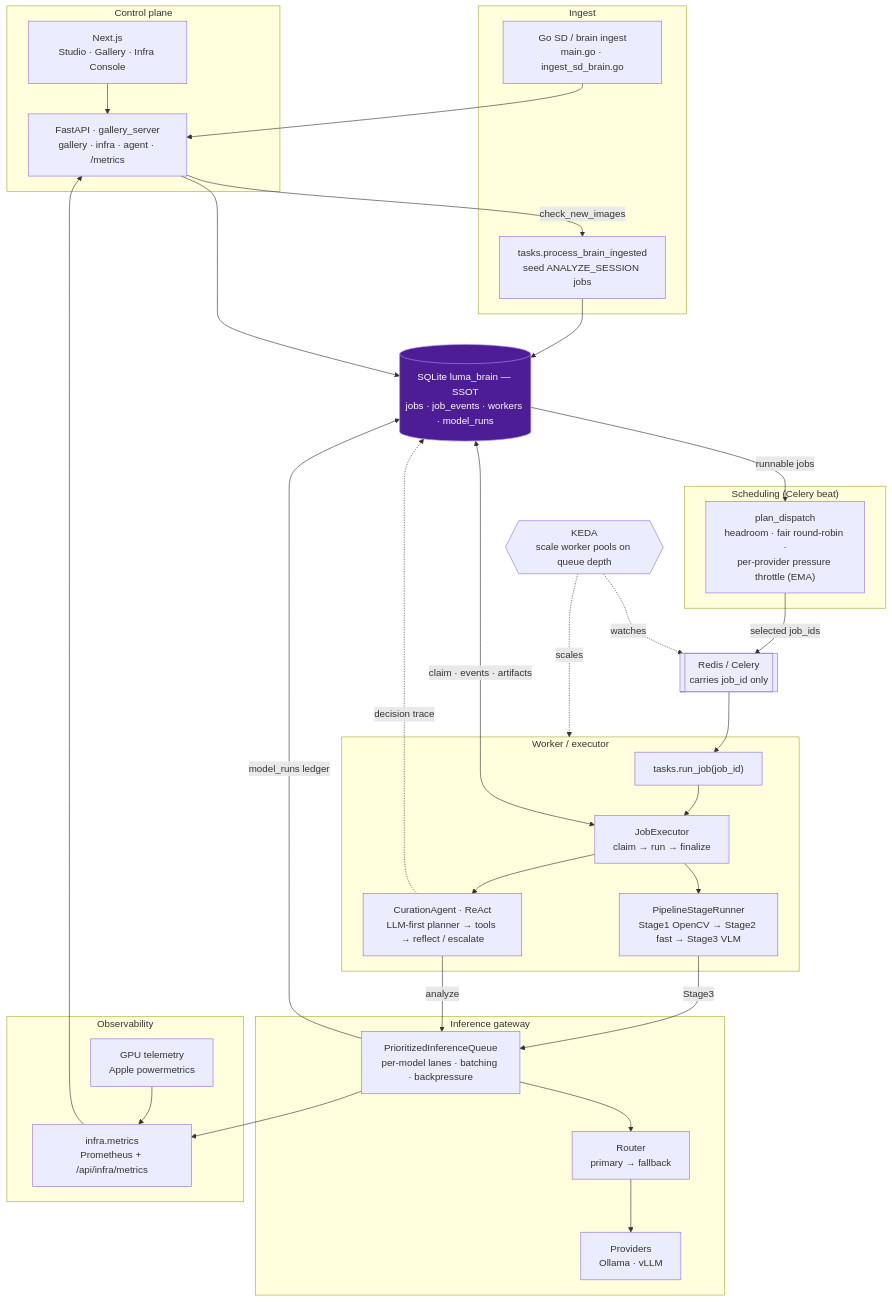
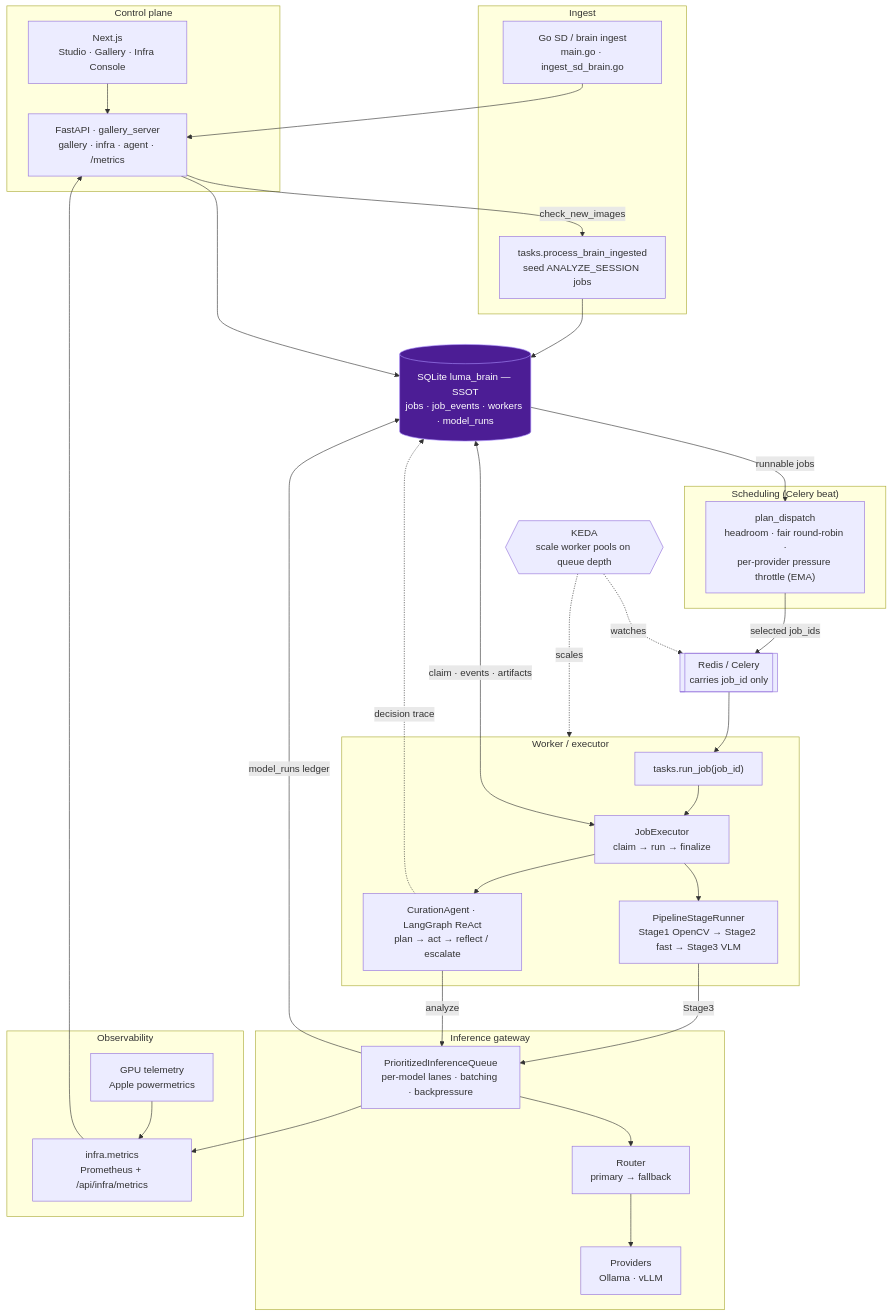
Before and after one commit to postrockicecola/livehouse-photo-agent: the diagram in README.md, drawn with Mermaid. The commit also changed 27 other files, not shown here.

First line of the commit message:
Add LangGraph-first agent stack with hybrid RAG and durable memory.

````diff
--- a/README.md
+++ b/README.md
@@ -35,65 +35,65 @@
 ```mermaid
 flowchart TB
   subgraph INGEST["Ingest"]
     GO["Go SD / brain ingest<br/>main.go · ingest_sd_brain.go"]
     SEED["tasks.process_brain_ingested<br/>seed ANALYZE_SESSION jobs"]
   end
 
   subgraph CP["Control plane"]
     API["FastAPI · gallery_server<br/>gallery · infra · agent · /metrics"]
     UI["Next.js<br/>Studio · Gallery · Infra Console"]
   end
 
   DB[("SQLite luma_brain — SSOT<br/>jobs · job_events · workers · model_runs")]
 
   subgraph SCHED["Scheduling (Celery beat)"]
     PLAN["plan_dispatch<br/>headroom · fair round-robin ·<br/>per-provider pressure throttle (EMA)"]
   end
 
   REDIS[["Redis / Celery<br/>carries job_id only"]]
 
   subgraph EXEC["Worker / executor"]
     RUN["tasks.run_job(job_id)"]
     EXE["JobExecutor<br/>claim → run → finalize"]
     PIPE["PipelineStageRunner<br/>Stage1 OpenCV → Stage2 fast → Stage3 VLM"]
-    AGENT["CurationAgent · ReAct<br/>LLM-first planner → tools → reflect / escalate"]
+    AGENT["CurationAgent · LangGraph ReAct<br/>plan → act → reflect / escalate"]
   end
 
   subgraph INFER["Inference gateway"]
     IQ["PrioritizedInferenceQueue<br/>per-model lanes · batching · backpressure"]
     ROUTER["Router<br/>primary → fallback"]
     PROV["Providers<br/>Ollama · vLLM"]
   end
 
   subgraph OBS["Observability"]
     METRICS["infra.metrics<br/>Prometheus + /api/infra/metrics"]
     GPU["GPU telemetry<br/>Apple powermetrics"]
   end
 
   KEDA{{"KEDA<br/>scale worker pools on queue depth"}}
 
   GO --> API
   API -->|check_new_images| SEED --> DB
   UI --> API --> DB
 
   DB -->|runnable jobs| PLAN
   PLAN -->|selected job_ids| REDIS --> RUN --> EXE
   EXE <-->|claim · events · artifacts| DB
   EXE --> PIPE
   EXE --> AGENT
   AGENT -.->|decision trace| DB
 
   PIPE -->|Stage3| IQ
   AGENT -->|analyze| IQ
   IQ --> ROUTER --> PROV
   IQ -->|model_runs ledger| DB
 
   IQ --> METRICS
   GPU --> METRICS
   METRICS --> API
   KEDA -. watches .-> REDIS
   KEDA -. scales .-> EXEC
 
   classDef ssot fill:#4c1d95,stroke:#a78bfa,color:#fff;
   class DB ssot;
 ```
````
